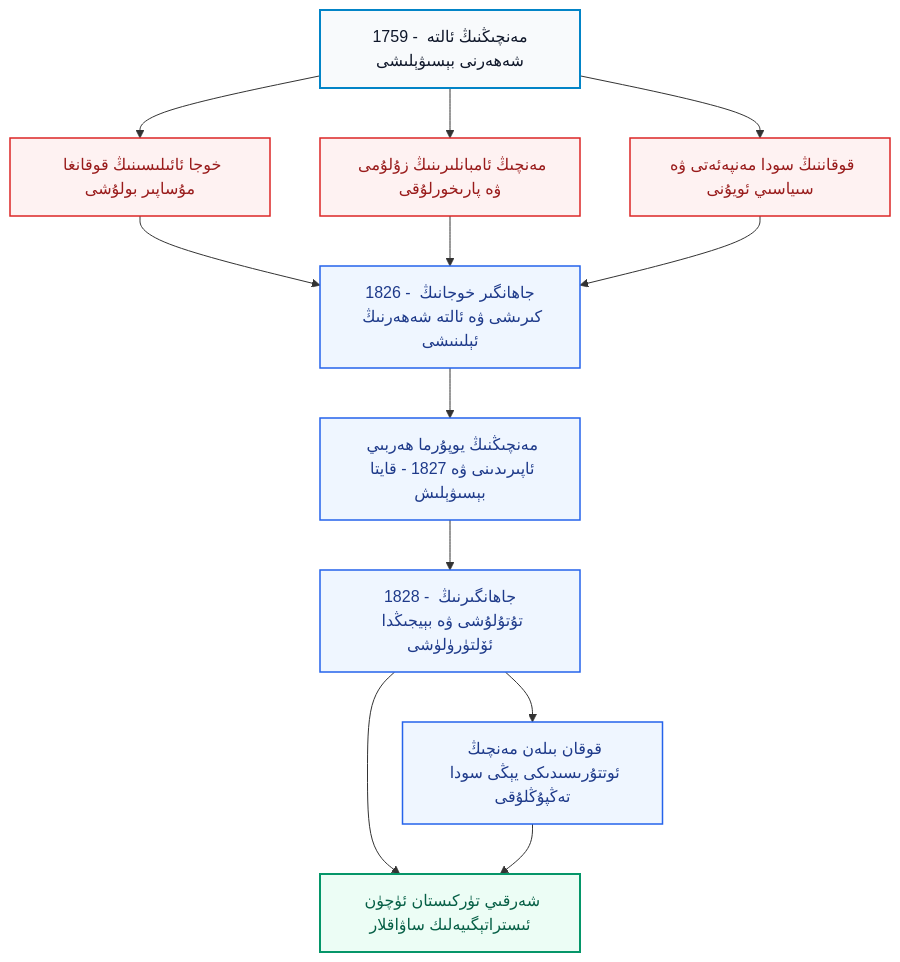
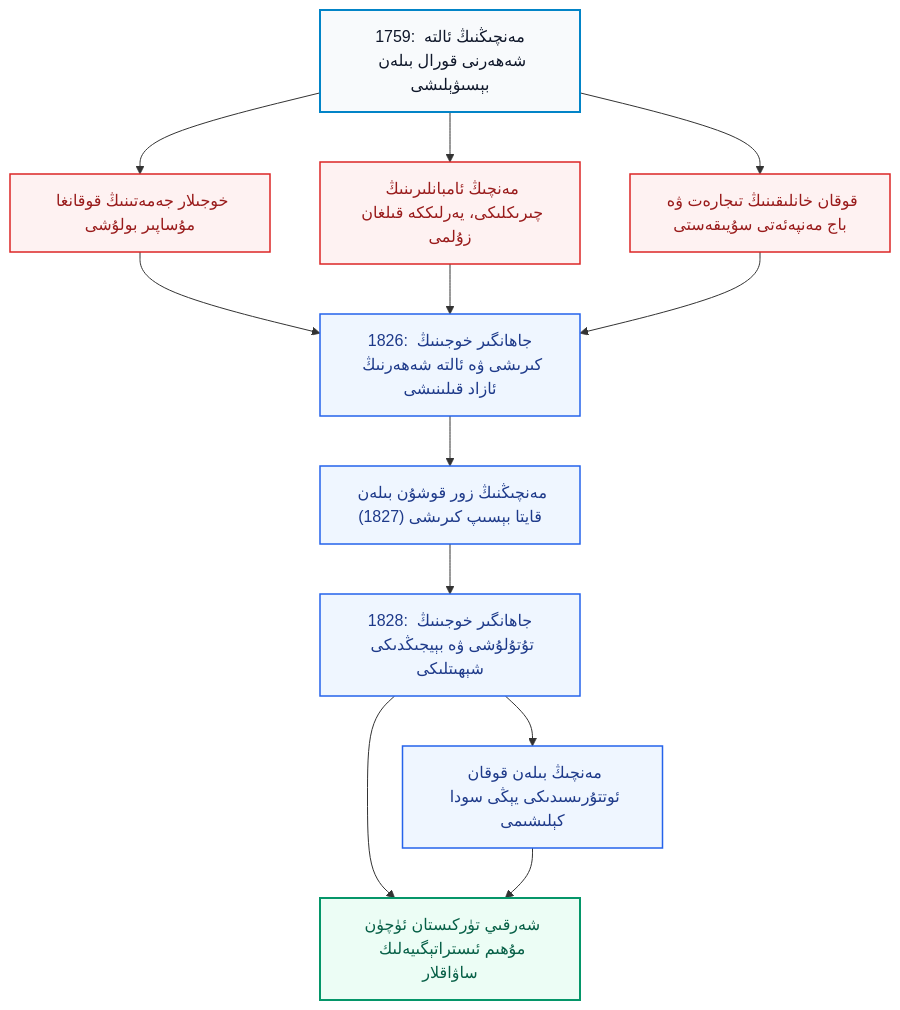
One commit to UyCoder/paydilar changed the first of 4 diagrams in _posts/2026-10-24-Jahangir-Hoja-Qozghilingi-We-Sherqiy-Turkistan.md. Above: the diagram before and after it, drawn with Mermaid. The commit also changed other lines of this file and 2 other files, not shown here.

````diff
--- a/_posts/2026-10-24-Jahangir-Hoja-Qozghilingi-We-Sherqiy-Turkistan.md
+++ b/_posts/2026-10-24-Jahangir-Hoja-Qozghilingi-We-Sherqiy-Turkistan.md
@@ -30,20 +31,20 @@
 ```mermaid
 flowchart TD
     classDef root fill:#f8fafc,stroke:#0284c7,stroke-width:2px,color:#0f172a;
     classDef cause fill:#fef2f2,stroke:#dc2626,stroke-width:1.5px,color:#991b1b;
     classDef event fill:#eff6ff,stroke:#2563eb,stroke-width:1.5px,color:#1e3a8a;
     classDef lesson fill:#ecfdf5,stroke:#059669,stroke-width:2px,color:#065f46;
 
-    A["1759 - مەنچىڭنىڭ ئالتە شەھەرنى بېسىۋېلىشى"]:::root
-    A --> B["خوجا ئائىلىسىنىڭ قوقانغا مۇساپىر بولۇشى"]:::cause
-    A --> C["مەنچىڭ ئامبانلىرىنىڭ زۇلۇمى ۋە پارىخورلۇقى"]:::cause
-    A --> D["قوقاننىڭ سودا مەنپەئەتى ۋە سىياسىي ئويۇنى"]:::cause
-    B --> E["1826 - جاھانگىر خوجانىڭ كىرىشى ۋە ئالتە شەھەرنىڭ ئېلىنىشى"]:::event
+    A["1759: مەنچىڭنىڭ ئالتە شەھەرنى قورال بىلەن بېسىۋېلىشى"]:::root
+    A --> B["خوجىلار جەمەتىنىڭ قوقانغا مۇساپىر بولۇشى"]:::cause
+    A --> C["مەنچىڭ ئامبانلىرىنىڭ چىرىكلىكى، يەرلىككە قىلغان زۇلمى"]:::cause
+    A --> D["قوقان خانلىقىنىڭ تىجارەت ۋە باج مەنپەئەتى سۇيىقەستى"]:::cause
+    B --> E["1826: جاھانگىر خوجىنىڭ كىرىشى ۋە ئالتە شەھەرنىڭ ئازاد قىلىنىشى"]:::event
     C --> E
     D --> E
-    E --> F["مەنچىڭنىڭ يوپۇرما ھەربىي ئاپىرىدىنى ۋە 1827 - قايتا بېسىۋېلىش"]:::event
-    F --> G["1828 - جاھانگىرنىڭ تۇتۇلۇشى ۋە بېيجىڭدا ئۆلتۈرۈلۈشى"]:::event
-    G --> H["قوقان بىلەن مەنچىڭ ئوتتۇرىسىدىكى يېڭى سودا تەڭپۇڭلۇقى"]:::event
-    G --> I["شەرقىي تۈركىستان ئۈچۈن ئىستراتېگىيەلىك ساۋاقلار"]:::lesson
+    E --> F["مەنچىڭنىڭ زور قوشۇن بىلەن قايتا بېسىپ كىرىشى (1827)"]:::event
+    F --> G["1828: جاھانگىر خوجىنىڭ تۇتۇلۇشى ۋە بېيجىڭدىكى شېھىتلىكى"]:::event
+    G --> H["مەنچىڭ بىلەن قوقان ئوتتۇرىسىدىكى يېڭى سودا كېلىشىمى"]:::event
+    G --> I["شەرقىي تۈركىستان ئۈچۈن مۇھىم ئىستراتېگىيەلىك ساۋاقلار"]:::lesson
     H --> I
 ```
````
